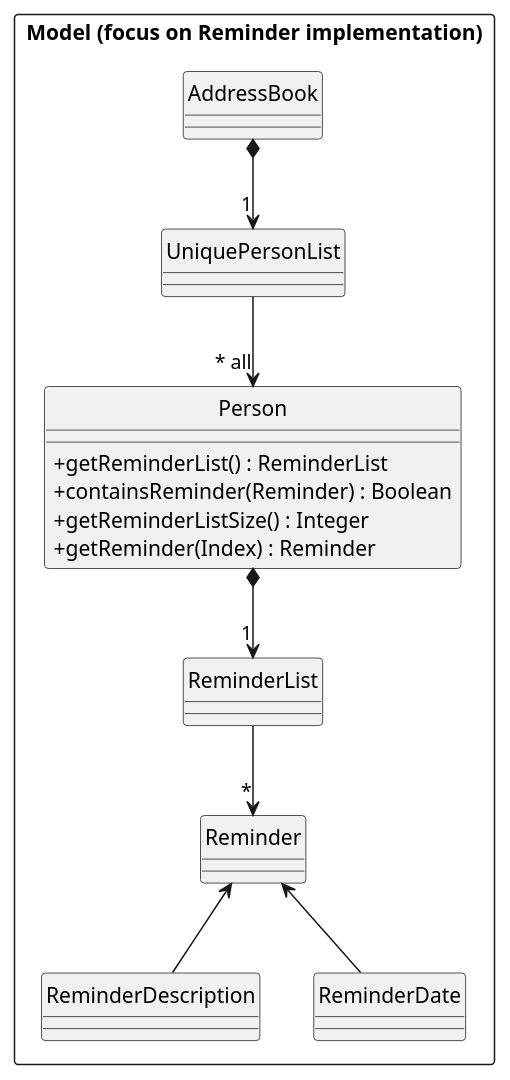
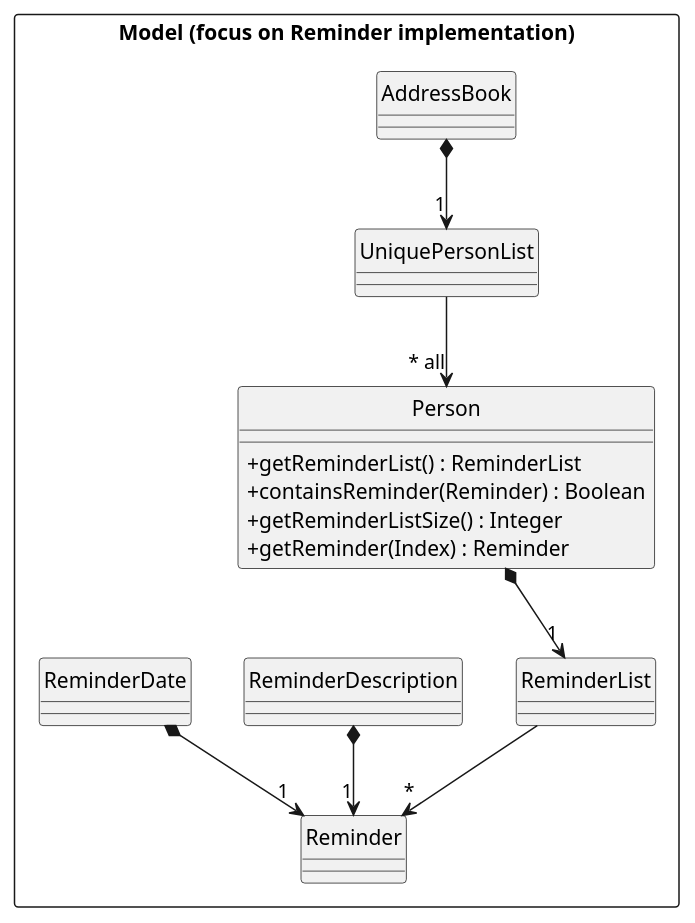
The diagram in docs/diagrams/ModelReminder.puml (pyk595/tp), drawn with PlantUML before and after one commit. The commit also changed 1 other file, not shown here.

Commit message:
Fix UML diagram for ModelReminder

```diff
--- a/docs/diagrams/ModelReminder.puml
+++ b/docs/diagrams/ModelReminder.puml
@@ -1,30 +1,30 @@
 @startuml
 hide circle
 skinparam classAttributeIconSize 0
 Package "Model (focus on Reminder implementation)" <<Rectangle>>{
 
 class AddressBook {
 }
 
 class Person {
 +getReminderList() : ReminderList
 +containsReminder(Reminder) : Boolean
 +getReminderListSize() : Integer
 +getReminder(Index) : Reminder
 }
 
 class ReminderList
 class Reminder
 class ReminderDescription
 class ReminderDate
 class UniquePersonList
 
 }
 
 AddressBook *--> "1" UniquePersonList
 UniquePersonList --> "~* all" Person
 Person *-down-> "1" ReminderList
 ReminderList --> "*" Reminder
-ReminderDescription -up-> Reminder
-ReminderDate -up-> Reminder
+ReminderDescription *-down-> "1" Reminder
+ReminderDate *-down-> "1" Reminder
 @enduml
```
